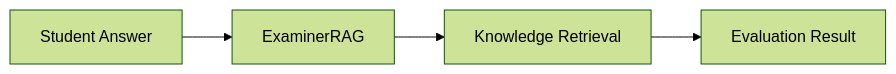
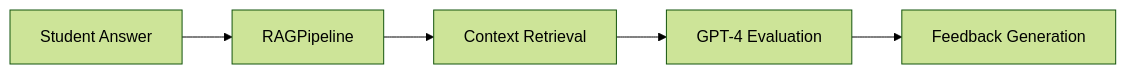
One commit to CHANHaochengZhang/chatexaminer changed the third of 3 diagrams in readme.md. Above: the diagram before and after it, drawn with Mermaid (forest theme). The commit also changed other lines of this file and 2 other files, not shown here.

Commit message:
feat: qiestion generation and evaluation init

````diff
--- a/readme.md
+++ b/readme.md
@@ -147,6 +157,7 @@
    ```mermaid
    graph LR
-   A[Student Answer] --> B[ExaminerRAG]
-   B --> C[Knowledge Retrieval]
-   C --> D[Evaluation Result]
+   A[Student Answer] --> B[RAGPipeline]
+   B --> C[Context Retrieval]
+   C --> D[GPT-4 Evaluation]
+   D --> E[Feedback Generation]
    ```
````
